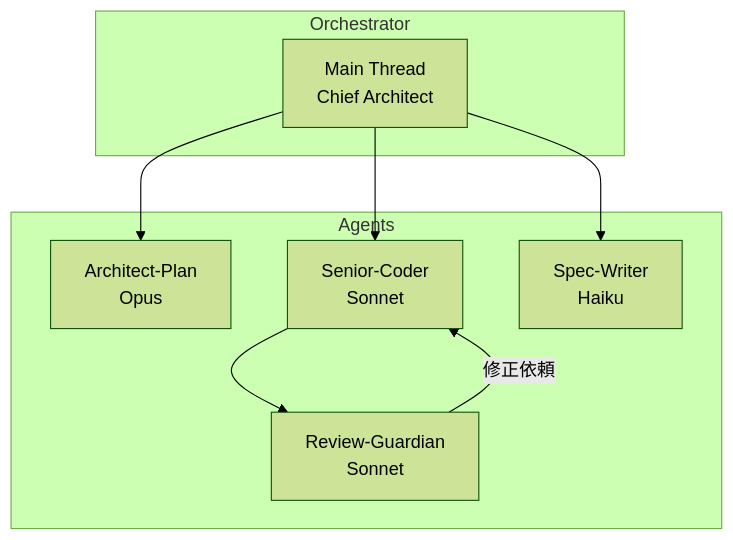
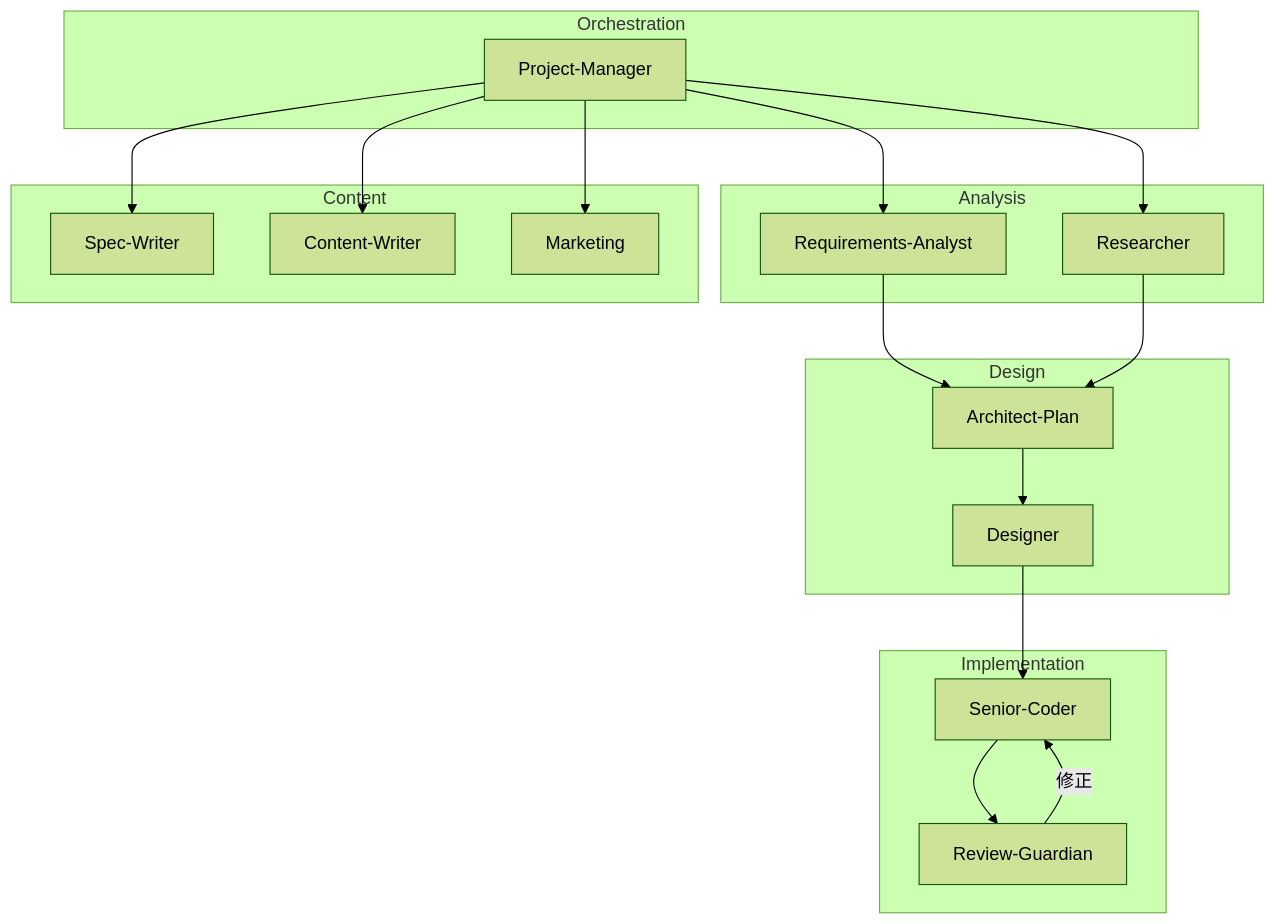
Before and after one commit to utanutan/project-template-dev: the diagram in library/docs/GUILD_REFERENCE.md, drawn with Mermaid (forest theme). The commit also changed other lines of this file and 4 other files, not shown here.

````diff
--- a/library/docs/GUILD_REFERENCE.md
+++ b/library/docs/GUILD_REFERENCE.md
@@ -34,19 +9,39 @@
 ```mermaid
 graph TB
-    subgraph Orchestrator
-        MT[Main Thread<br>Chief Architect]
+    subgraph Orchestration
+        PM[Project-Manager]
     end
     
-    subgraph Agents
-        AP[Architect-Plan<br>Opus]
-        SC[Senior-Coder<br>Sonnet]
-        RG[Review-Guardian<br>Sonnet]
-        SW[Spec-Writer<br>Haiku]
+    subgraph Analysis
+        RA[Requirements-Analyst]
+        RS[Researcher]
     end
     
-    MT --> AP
-    MT --> SC
-    MT --> SW
+    subgraph Design
+        AR[Architect-Plan]
+        DS[Designer]
+    end
+    
+    subgraph Implementation
+        SC[Senior-Coder]
+        RG[Review-Guardian]
+    end
+    
+    subgraph Content
+        SW[Spec-Writer]
+        CW[Content-Writer]
+        MK[Marketing]
+    end
+    
+    PM --> RA
+    PM --> RS
+    RA --> AR
+    RS --> AR
+    AR --> DS
+    DS --> SC
     SC --> RG
-    RG -->|修正依頼| SC
+    RG -->|修正| SC
+    PM --> SW
+    PM --> CW
+    PM --> MK
 ```
````
